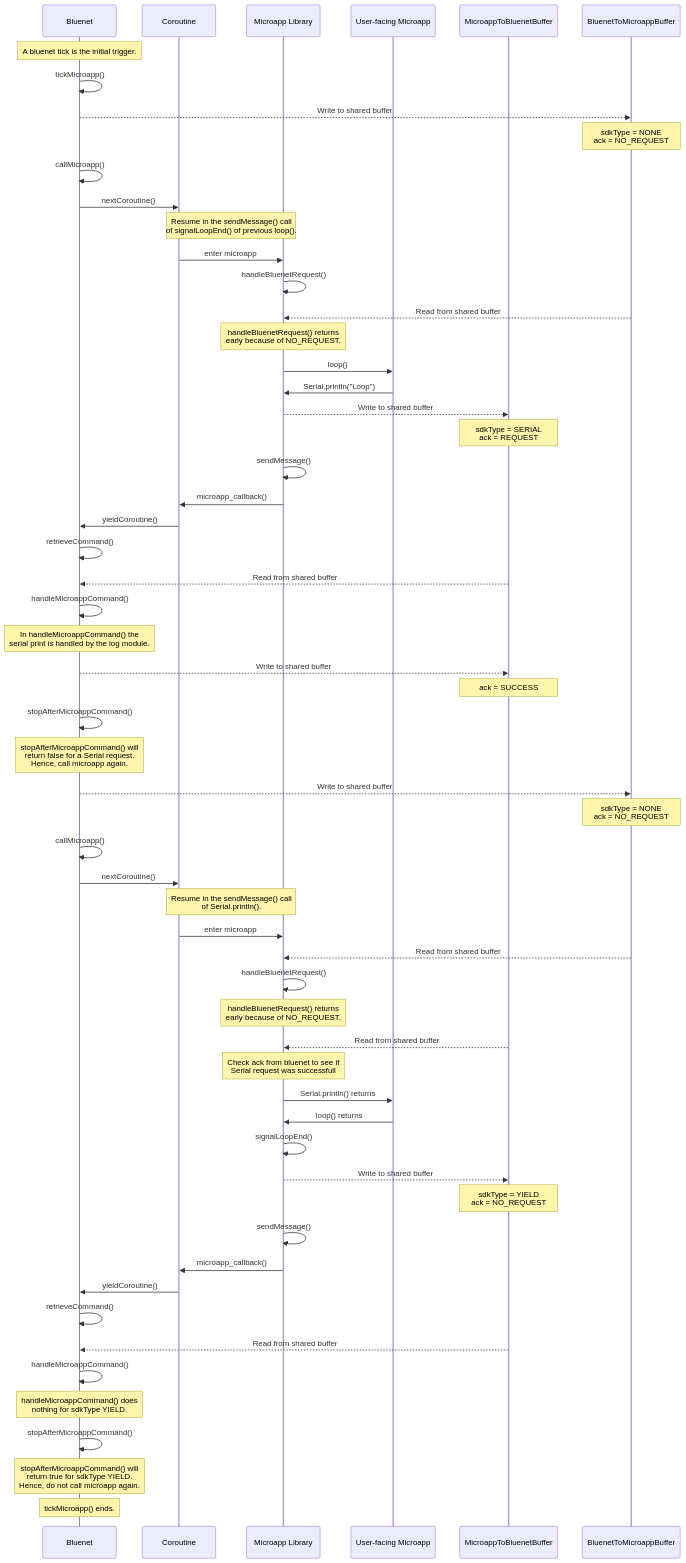
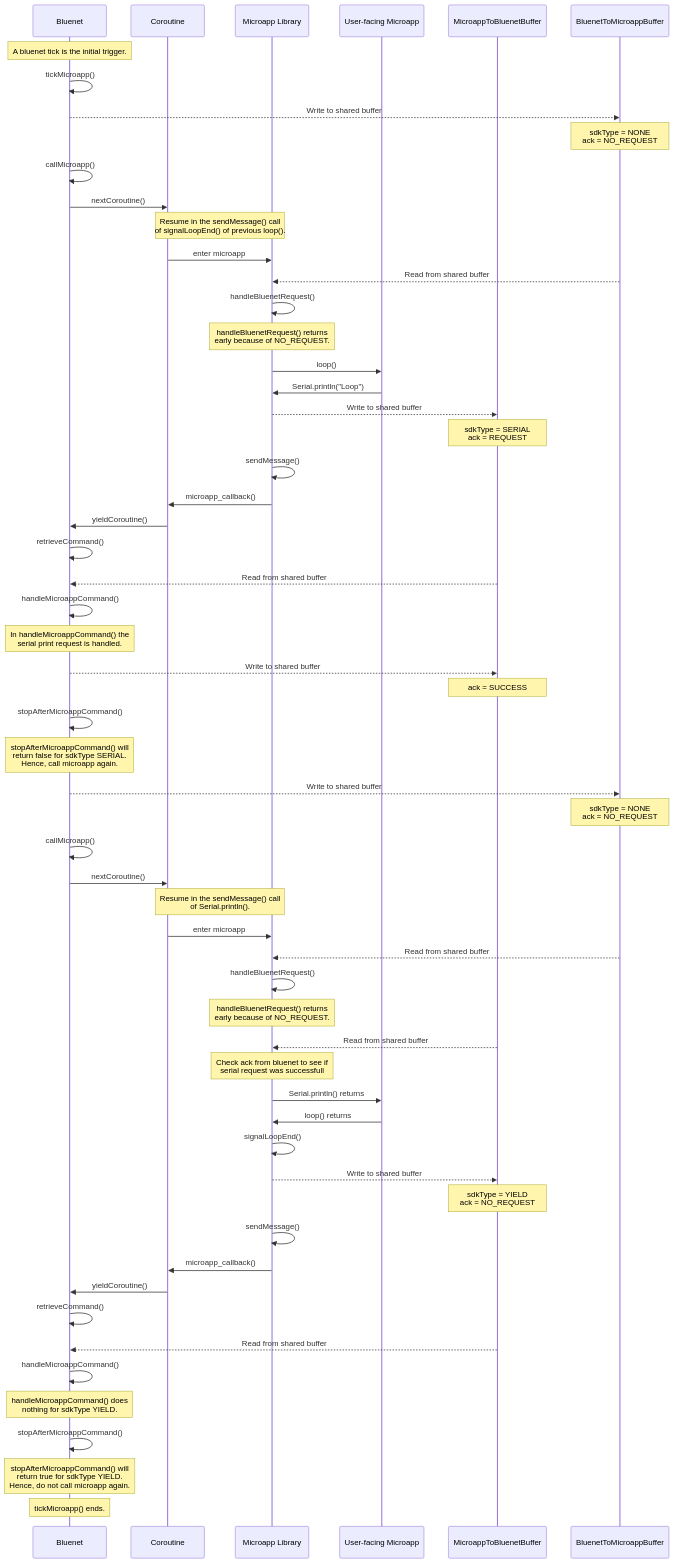
One commit to crownstone/crownstone-microapp changed the first of 3 diagrams in docs/CONTROL_FLOW.md. Above: the diagram before and after it, drawn with Mermaid. The commit also changed other lines of this file, not shown here.

Commit message:
add third diagram

````diff
--- a/docs/CONTROL_FLOW.md
+++ b/docs/CONTROL_FLOW.md
@@ -23,62 +23,62 @@
 ```mermaid
 sequenceDiagram
     participant b as Bluenet
     participant c as Coroutine
     participant m as Microapp Library
     participant um as User-facing Microapp
     participant m2b as MicroappToBluenetBuffer
     participant b2m as BluenetToMicroappBuffer
 
     Note over b : A bluenet tick is the initial trigger.
     b ->> b : tickMicroapp()
     b -->> b2m : Write to shared buffer
     Note over b2m : sdkType = NONE <br> ack = NO_REQUEST
     b ->> b : callMicroapp()
     b ->> c : nextCoroutine()
     Note over c,m : Resume in the sendMessage() call <br> of signalLoopEnd() of previous loop().
     c ->> m : enter microapp
+    b2m -->> m : Read from shared buffer
     m ->> m : handleBluenetRequest()
-    b2m -->> m : Read from shared buffer
     Note over m : handleBluenetRequest() returns <br> early because of NO_REQUEST.
     m ->> um : loop()
     um ->> m : Serial.println("Loop")
     m -->> m2b : Write to shared buffer
     Note over m2b: sdkType = SERIAL <br> ack = REQUEST
     m ->> m : sendMessage()
     m ->> c : microapp_callback()
     c ->> b : yieldCoroutine()
     b ->> b : retrieveCommand()
     m2b -->> b : Read from shared buffer
     b ->> b : handleMicroappCommand()
-    Note over b : In handleMicroappCommand() the <br> serial print is handled by the log module.
+    Note over b : In handleMicroappCommand() the <br> serial print request is handled.
     b -->> m2b : Write to shared buffer
     Note over m2b : ack = SUCCESS
     b ->> b : stopAfterMicroappCommand()
-    Note over b : stopAfterMicroappCommand() will <br> return false for a Serial request. <br> Hence, call microapp again.
+    Note over b : stopAfterMicroappCommand() will <br> return false for sdkType SERIAL. <br> Hence, call microapp again.
     b -->> b2m : Write to shared buffer
     Note over b2m : sdkType = NONE <br> ack = NO_REQUEST
     b ->> b : callMicroapp()
     b ->> c : nextCoroutine()
     Note over c,m : Resume in the sendMessage() call <br> of Serial.println().
     c ->> m : enter microapp
     b2m -->> m : Read from shared buffer
     m ->> m : handleBluenetRequest()
     Note over m : handleBluenetRequest() returns <br> early because of NO_REQUEST.
     m2b -->> m : Read from shared buffer
-    Note over m : Check ack from bluenet to see if <br> Serial request was successfull
+    Note over m : Check ack from bluenet to see if <br> serial request was successfull
     m ->> um : Serial.println() returns
     um ->> m : loop() returns
     m ->> m : signalLoopEnd()
     m -->> m2b : Write to shared buffer
     Note over m2b : sdkType = YIELD <br> ack = NO_REQUEST
     m ->> m : sendMessage()
     m ->> c : microapp_callback()
     c ->> b : yieldCoroutine()
     b ->> b : retrieveCommand()
     m2b -->> b : Read from shared buffer
     b ->> b : handleMicroappCommand()
     Note over b : handleMicroappCommand() does <br> nothing for sdkType YIELD.
     b ->> b : stopAfterMicroappCommand()
     Note over b : stopAfterMicroappCommand() will <br> return true for sdkType YIELD. <br> Hence, do not call microapp again.
     Note over b : tickMicroapp() ends.
 ```
````
